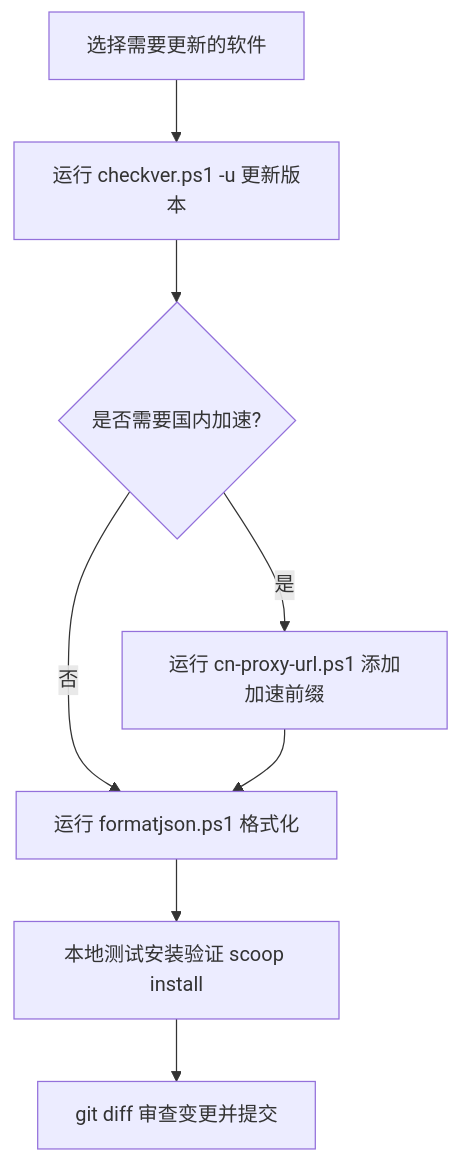
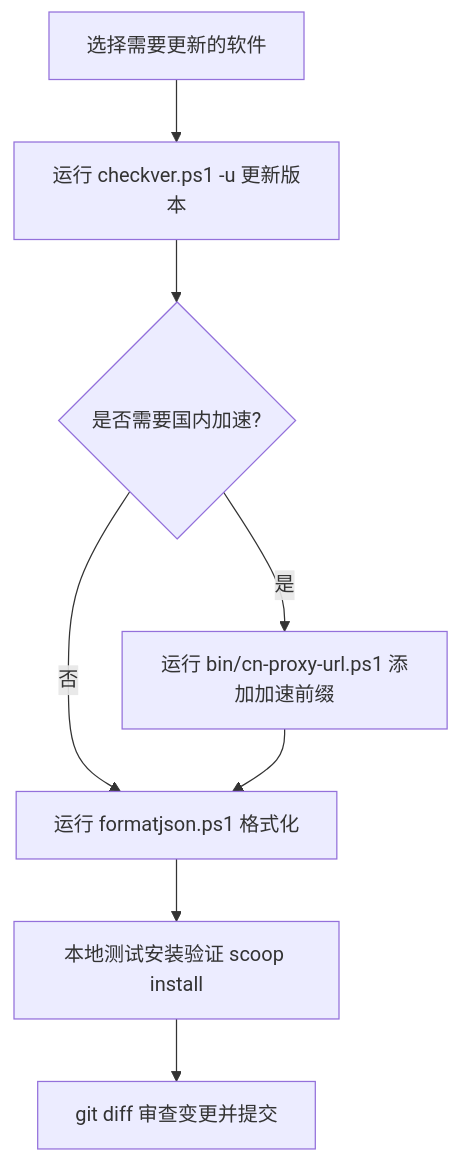
The diagram in docs/bucket-maintenance.md (ztj1993/scoop-lock), drawn with Mermaid before and after one commit. The commit also changed other lines of this file and 3 other files, not shown here.

````diff
--- a/docs/bucket-maintenance.md
+++ b/docs/bucket-maintenance.md
@@ -162,10 +164,10 @@
 ```mermaid
 graph TD
     A[选择需要更新的软件] --> B[运行 checkver.ps1 -u 更新版本]
     B --> C{是否需要国内加速?}
-    C -->|是| D[运行 cn-proxy-url.ps1 添加加速前缀]
+    C -->|是| D[运行 bin/cn-proxy-url.ps1 添加加速前缀]
     C -->|否| E[运行 formatjson.ps1 格式化]
     D --> E
     E --> F[本地测试安装验证 scoop install]
     F --> G[git diff 审查变更并提交]
 ```
````
